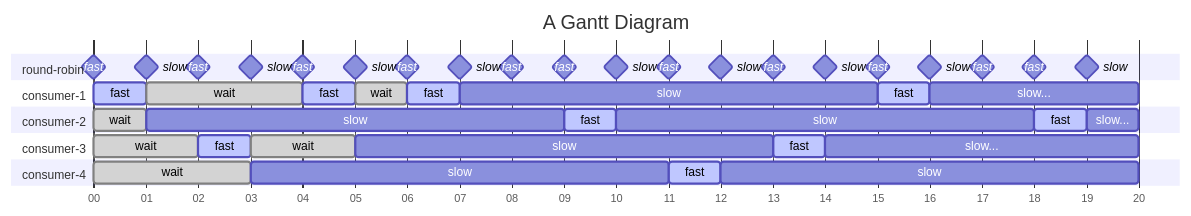
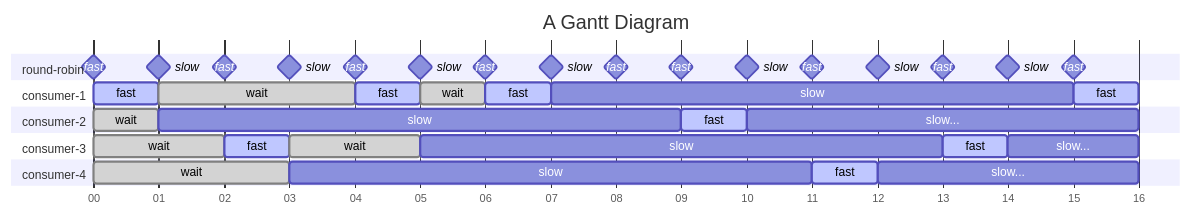
One commit to grafana/mimir changed the third of 3 diagrams in pkg/scheduler/DESIGN.md. Above: the diagram before and after it, drawn with Mermaid.

Commit message:
fix long gantt timeline

````diff
--- a/pkg/scheduler/DESIGN.md
+++ b/pkg/scheduler/DESIGN.md
@@ -296,69 +296,62 @@
 ```mermaid
 ---
 config:
   gantt:
     displayMode: compact
     numberSectionStyles: 2
   theme: default
 ---
 gantt
     title A Gantt Diagram
     dateFormat ss
     axisFormat %S
     tickInterval 1second
 
     section round-robin
         fast : milestone, m0, 00, 0s
         slow : milestone, m1, 01, 0s
         fast : milestone, m2, 02, 0s
         slow : milestone, m3, 03, 0s
         fast : milestone, m4, 04, 0s
         slow : milestone, m5, 05, 0s
         fast : milestone, m6, 06, 0s
         slow : milestone, m7, 07, 0s
         fast : milestone, m8, 08, 0s
         fast : milestone, m9, 09, 0s
         slow : milestone, m10, 10, 0s
         fast : milestone, m11, 11, 0s
         slow : milestone, m12, 12, 0s
         fast : milestone, m13, 13, 0s
         slow : milestone, m14, 14, 0s
         fast : milestone, m15, 15, 0s
-        slow : milestone, m16, 16, 0s
-        fast : milestone, m17, 17, 0s
-        fast : milestone, m18, 18, 0s
-        slow : milestone, m19, 19, 0s
 
     section consumer-1
         fast        :active, c1-1, 00, 1s
         wait        :done, c1-2, 01, 3s
         fast        :active, c1-3, 04, 1s
         wait        :done, c1-4, 05, 1s
         fast        :active, c1-5, 06, 1s
         slow        : c1-6, 07, 8s
         fast        :active, c1-7, 15, 1s
-        slow...     : c1-8, 16, 4s
 
     section consumer-2
         wait        :done, c2-1, 00, 1s
         slow        : c2-2, 01, 8s
         fast        :active, c2-3, 09, 1s
-        slow        : c2-4, 10, 8s
-        fast        :active, c2-5, 18, 1s
-        slow...     : c2-6, 19, 1s
+        slow...     : c2-4, 10, 6s
 
     section consumer-3
         wait        :done, c3-1, 00, 2s
         fast        :active, c3-2, 02, 1s
         wait        :done, c3-3, 03, 2s
         slow        : c3-4, 05, 8s
         fast        :active, c3-5, 13, 1s
-        slow...     : c3-6, 14, 6s
+        slow...     : c3-6, 14, 2s
 
     section consumer-4
         wait        :done, c4-1, 00, 3s
         slow        : c4-2, 03, 8s
         fast        :active, c4-3, 11, 1s
-        slow        : c4-4, 12, 8s
+        slow...     : c4-4, 12, 4s
 
 ```
````
